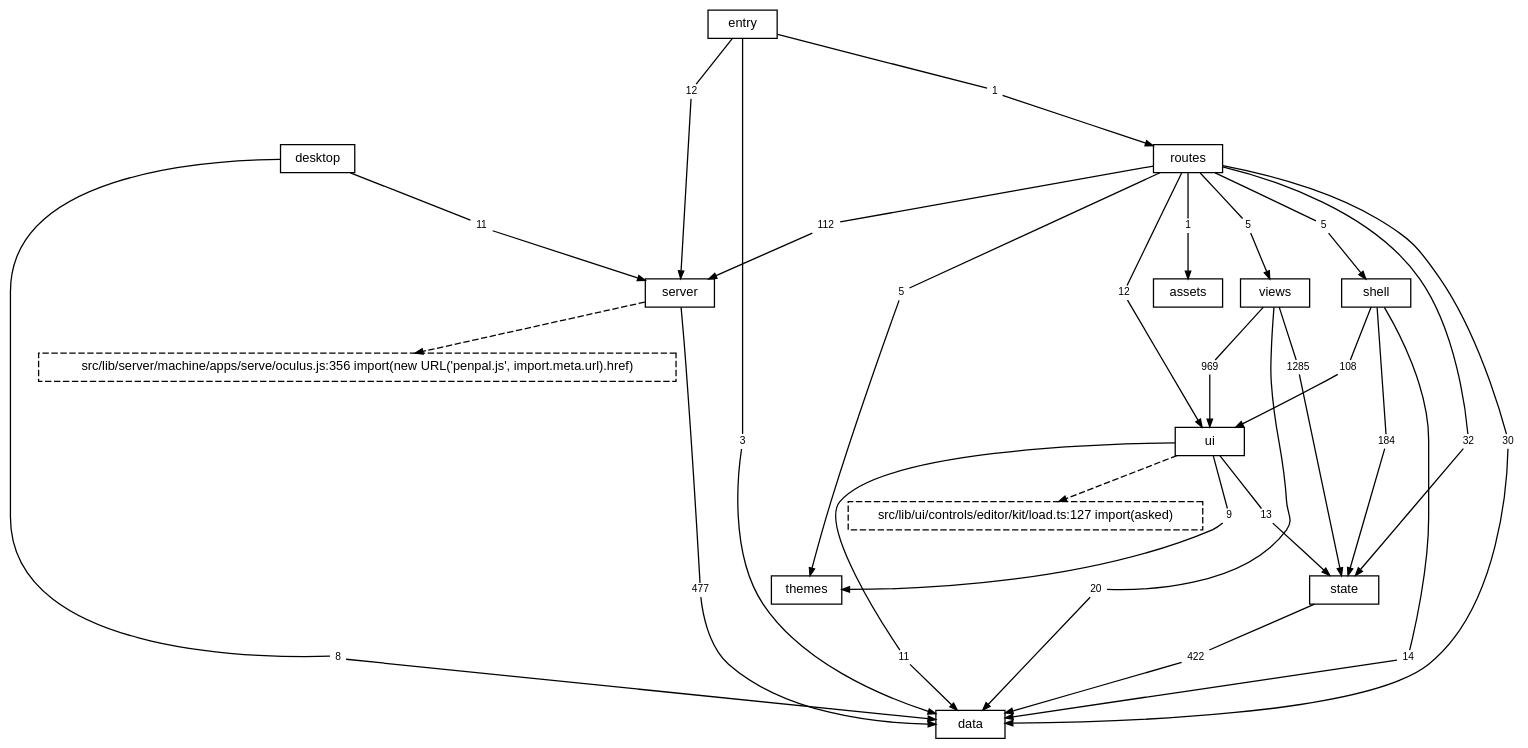
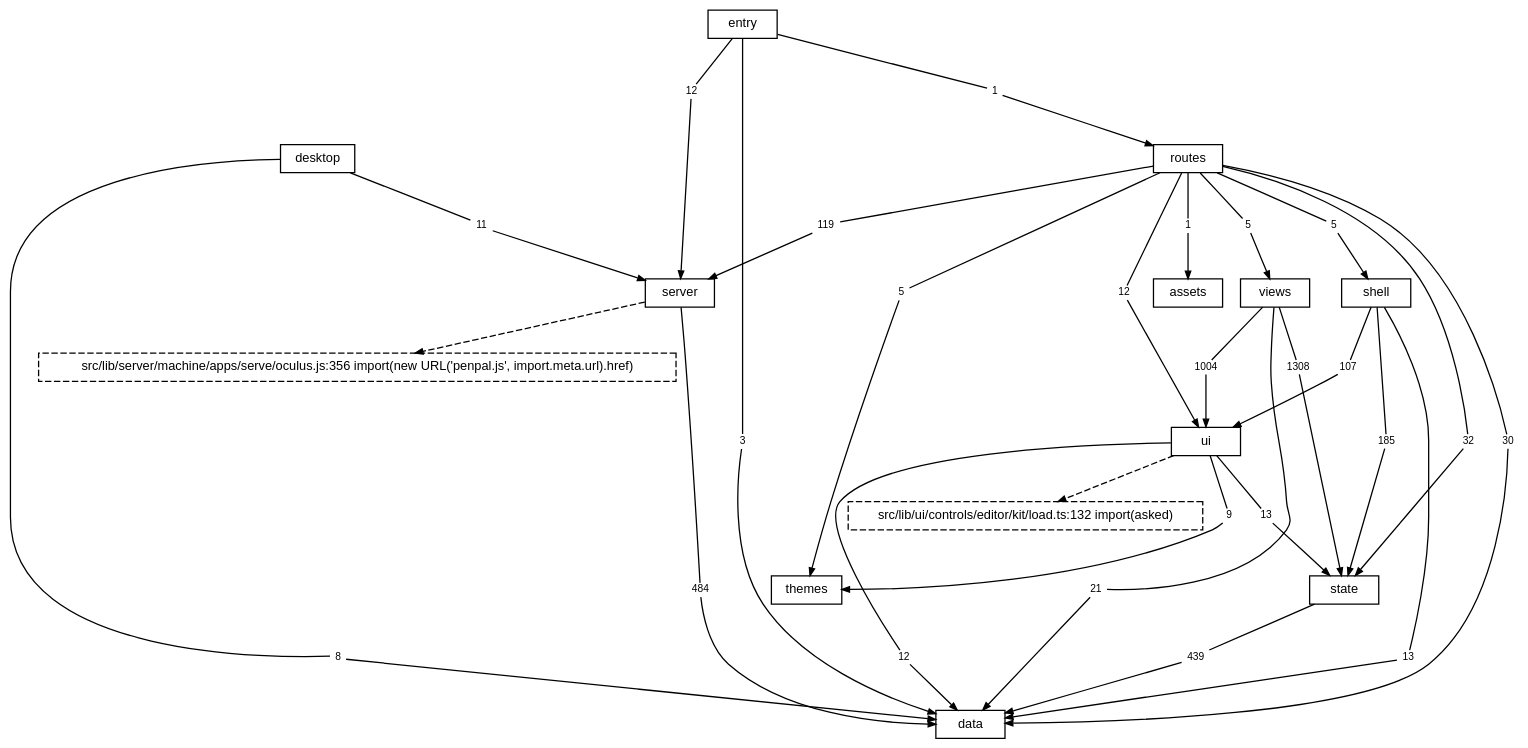
Before and after one commit to TheAxeC/oculus: the diagram in docs/diagrams/layers.dot, drawn with Graphviz. The commit also changed 471 other files, not shown here.

```diff
--- a/docs/diagrams/layers.dot
+++ b/docs/diagrams/layers.dot
@@ -1,92 +1,92 @@
 digraph layers {
     graph [bgcolor="transparent", rankdir=TB, newrank=true, fontname="Helvetica", fontsize=12, nodesep=0.2, ranksep=0.5];
     node [shape=box, color="black", fontcolor="black", fontname="Helvetica", fontsize=10, height=0.3, margin="0.12,0.04"];
     edge [color="black", fontcolor="black", fontname="Helvetica", fontsize=8, arrowsize=0.6];
     "data";
     "server";
     "state";
     "ui";
     "shell";
     "views";
     "themes";
     "routes";
     "desktop";
     "src" [label="entry"];
     "files: assets" [label="assets"];
     "? src/lib/server/machine/apps/serve/oculus.js:356" [label="src/lib/server/machine/apps/serve/oculus.js:356 import(new URL('penpal.js', import.meta.url).href)", style=dashed];
-    "? src/lib/ui/controls/editor/kit/load.ts:127" [label="src/lib/ui/controls/editor/kit/load.ts:127 import(asked)", style=dashed];
+    "? src/lib/ui/controls/editor/kit/load.ts:132" [label="src/lib/ui/controls/editor/kit/load.ts:132 import(asked)", style=dashed];
     "desktop to data" [label="8", shape=box, color="transparent", fontsize=8, width=0, height=0, margin="0.04,0.02"];
     "desktop" -> "desktop to data" [arrowhead=none];
     "desktop to data" -> "data" [];
     "desktop to server" [label="11", shape=box, color="transparent", fontsize=8, width=0, height=0, margin="0.04,0.02"];
     "desktop" -> "desktop to server" [arrowhead=none];
     "desktop to server" -> "server" [];
     "routes to data" [label="30", shape=box, color="transparent", fontsize=8, width=0, height=0, margin="0.04,0.02"];
     "routes" -> "routes to data" [arrowhead=none];
     "routes to data" -> "data" [];
     "routes to files: assets" [label="1", shape=box, color="transparent", fontsize=8, width=0, height=0, margin="0.04,0.02"];
     "routes" -> "routes to files: assets" [arrowhead=none];
     "routes to files: assets" -> "files: assets" [];
-    "routes to server" [label="112", shape=box, color="transparent", fontsize=8, width=0, height=0, margin="0.04,0.02"];
+    "routes to server" [label="119", shape=box, color="transparent", fontsize=8, width=0, height=0, margin="0.04,0.02"];
     "routes" -> "routes to server" [arrowhead=none];
     "routes to server" -> "server" [];
     "routes to shell" [label="5", shape=box, color="transparent", fontsize=8, width=0, height=0, margin="0.04,0.02"];
     "routes" -> "routes to shell" [arrowhead=none];
     "routes to shell" -> "shell" [];
     "routes to state" [label="32", shape=box, color="transparent", fontsize=8, width=0, height=0, margin="0.04,0.02"];
     "routes" -> "routes to state" [arrowhead=none];
     "routes to state" -> "state" [];
     "routes to themes" [label="5", shape=box, color="transparent", fontsize=8, width=0, height=0, margin="0.04,0.02"];
     "routes" -> "routes to themes" [arrowhead=none];
     "routes to themes" -> "themes" [];
     "routes to ui" [label="12", shape=box, color="transparent", fontsize=8, width=0, height=0, margin="0.04,0.02"];
     "routes" -> "routes to ui" [arrowhead=none];
     "routes to ui" -> "ui" [];
     "routes to views" [label="5", shape=box, color="transparent", fontsize=8, width=0, height=0, margin="0.04,0.02"];
     "routes" -> "routes to views" [arrowhead=none];
     "routes to views" -> "views" [];
-    "server to data" [label="477", shape=box, color="transparent", fontsize=8, width=0, height=0, margin="0.04,0.02"];
+    "server to data" [label="484", shape=box, color="transparent", fontsize=8, width=0, height=0, margin="0.04,0.02"];
     "server" -> "server to data" [arrowhead=none];
     "server to data" -> "data" [];
-    "shell to data" [label="14", shape=box, color="transparent", fontsize=8, width=0, height=0, margin="0.04,0.02"];
+    "shell to data" [label="13", shape=box, color="transparent", fontsize=8, width=0, height=0, margin="0.04,0.02"];
     "shell" -> "shell to data" [arrowhead=none];
     "shell to data" -> "data" [];
-    "shell to state" [label="184", shape=box, color="transparent", fontsize=8, width=0, height=0, margin="0.04,0.02"];
+    "shell to state" [label="185", shape=box, color="transparent", fontsize=8, width=0, height=0, margin="0.04,0.02"];
     "shell" -> "shell to state" [arrowhead=none];
     "shell to state" -> "state" [];
-    "shell to ui" [label="108", shape=box, color="transparent", fontsize=8, width=0, height=0, margin="0.04,0.02"];
+    "shell to ui" [label="107", shape=box, color="transparent", fontsize=8, width=0, height=0, margin="0.04,0.02"];
     "shell" -> "shell to ui" [arrowhead=none];
     "shell to ui" -> "ui" [];
     "src to data" [label="3", shape=box, color="transparent", fontsize=8, width=0, height=0, margin="0.04,0.02"];
     "src" -> "src to data" [arrowhead=none];
     "src to data" -> "data" [];
     "src to routes" [label="1", shape=box, color="transparent", fontsize=8, width=0, height=0, margin="0.04,0.02"];
     "src" -> "src to routes" [arrowhead=none];
     "src to routes" -> "routes" [];
     "src to server" [label="12", shape=box, color="transparent", fontsize=8, width=0, height=0, margin="0.04,0.02"];
     "src" -> "src to server" [arrowhead=none];
     "src to server" -> "server" [];
-    "state to data" [label="422", shape=box, color="transparent", fontsize=8, width=0, height=0, margin="0.04,0.02"];
+    "state to data" [label="439", shape=box, color="transparent", fontsize=8, width=0, height=0, margin="0.04,0.02"];
     "state" -> "state to data" [arrowhead=none];
     "state to data" -> "data" [];
-    "ui to data" [label="11", shape=box, color="transparent", fontsize=8, width=0, height=0, margin="0.04,0.02"];
+    "ui to data" [label="12", shape=box, color="transparent", fontsize=8, width=0, height=0, margin="0.04,0.02"];
     "ui" -> "ui to data" [arrowhead=none];
     "ui to data" -> "data" [];
     "ui to state" [label="13", shape=box, color="transparent", fontsize=8, width=0, height=0, margin="0.04,0.02"];
     "ui" -> "ui to state" [arrowhead=none];
     "ui to state" -> "state" [];
     "ui to themes" [label="9", shape=box, color="transparent", fontsize=8, width=0, height=0, margin="0.04,0.02"];
     "ui" -> "ui to themes" [arrowhead=none];
     "ui to themes" -> "themes" [];
-    "views to data" [label="20", shape=box, color="transparent", fontsize=8, width=0, height=0, margin="0.04,0.02"];
+    "views to data" [label="21", shape=box, color="transparent", fontsize=8, width=0, height=0, margin="0.04,0.02"];
     "views" -> "views to data" [arrowhead=none];
     "views to data" -> "data" [];
-    "views to state" [label="1285", shape=box, color="transparent", fontsize=8, width=0, height=0, margin="0.04,0.02"];
+    "views to state" [label="1308", shape=box, color="transparent", fontsize=8, width=0, height=0, margin="0.04,0.02"];
     "views" -> "views to state" [arrowhead=none];
     "views to state" -> "state" [];
-    "views to ui" [label="969", shape=box, color="transparent", fontsize=8, width=0, height=0, margin="0.04,0.02"];
+    "views to ui" [label="1004", shape=box, color="transparent", fontsize=8, width=0, height=0, margin="0.04,0.02"];
     "views" -> "views to ui" [arrowhead=none];
     "views to ui" -> "ui" [];
     "server" -> "? src/lib/server/machine/apps/serve/oculus.js:356" [style=dashed];
-    "ui" -> "? src/lib/ui/controls/editor/kit/load.ts:127" [style=dashed];
+    "ui" -> "? src/lib/ui/controls/editor/kit/load.ts:132" [style=dashed];
 }
```
